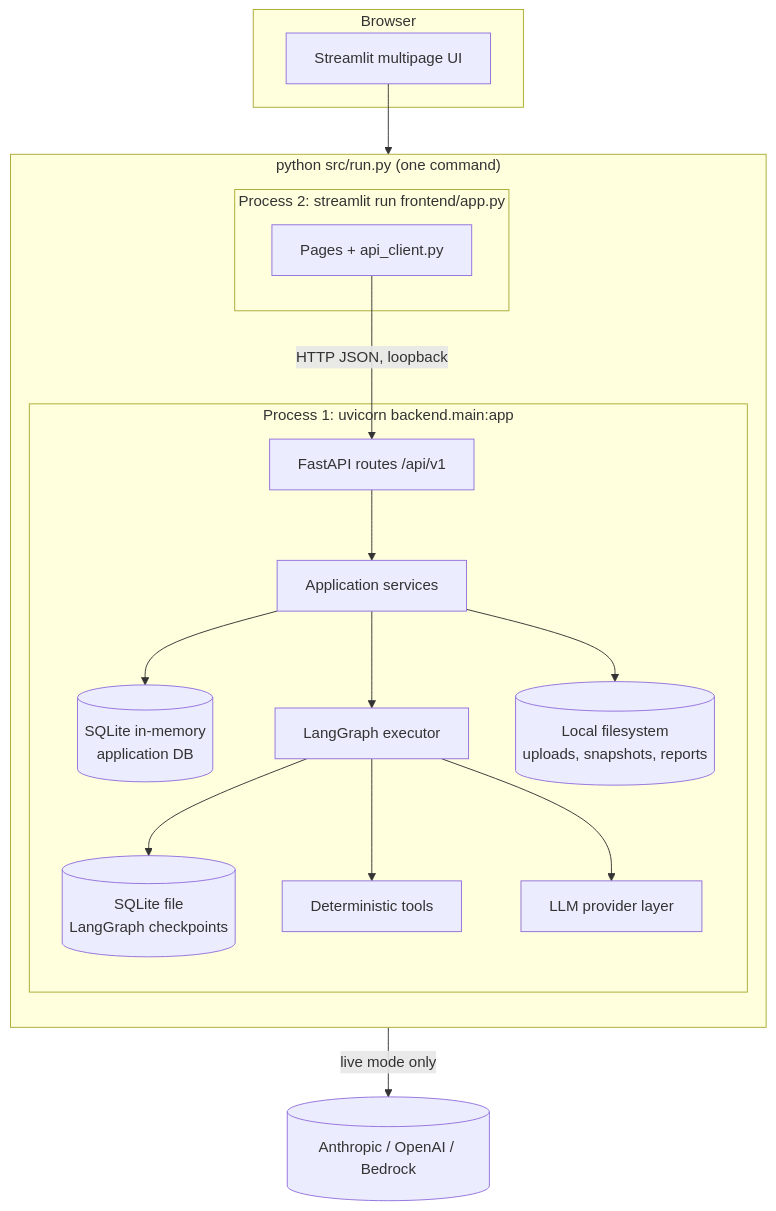
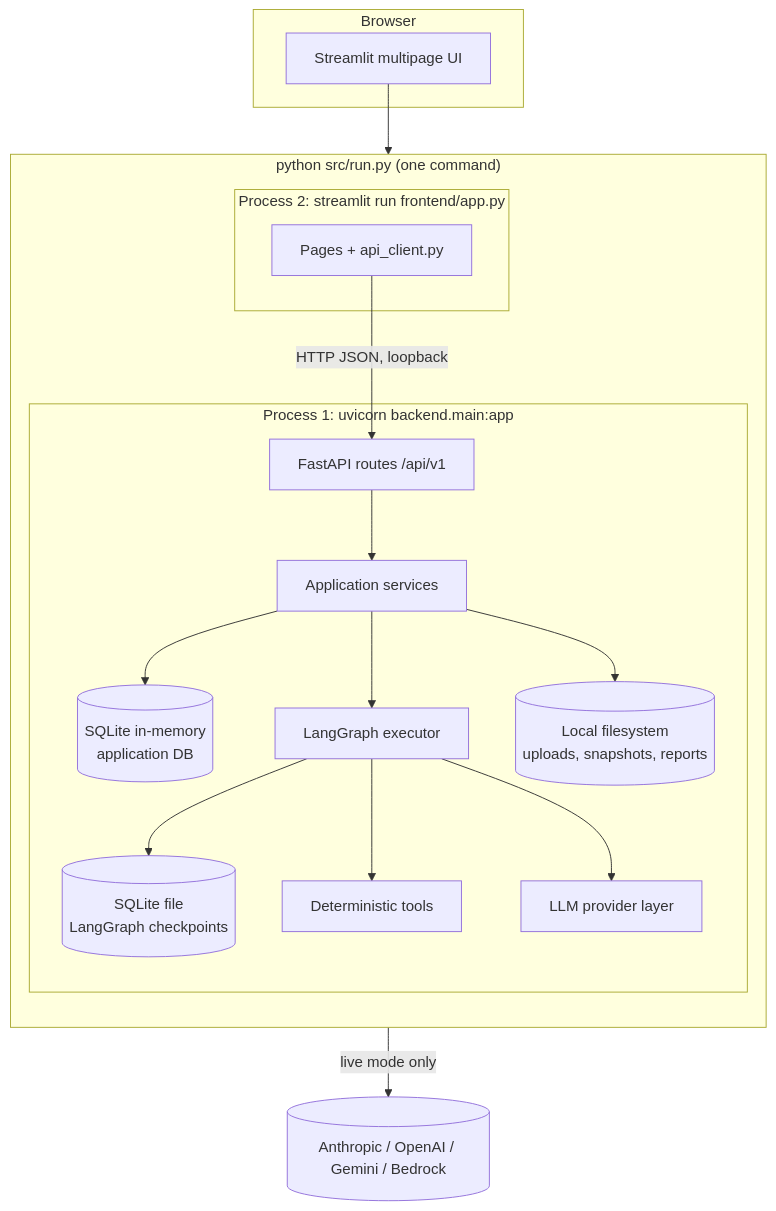
The first of 4 diagrams in docs/system-design.md (rahulv84/architecture-red-team), drawn with Mermaid before and after one commit. The commit also changed other lines of this file and 26 other files, not shown here.

First line of the commit message:
Add Google Gemini LLM provider

````diff
--- a/docs/system-design.md
+++ b/docs/system-design.md
@@ -18,29 +18,29 @@
 ```mermaid
 flowchart TB
     subgraph Browser
         UI[Streamlit multipage UI]
     end
     subgraph "python src/run.py (one command)"
         direction TB
         subgraph "Process 1: uvicorn backend.main:app"
             API[FastAPI routes /api/v1]
             SVC[Application services]
             GRAPH[LangGraph executor]
             TOOLS[Deterministic tools]
             LLM[LLM provider layer]
             DB[(SQLite in-memory<br/>application DB)]
             CK[(SQLite file<br/>LangGraph checkpoints)]
             FS[(Local filesystem<br/>uploads, snapshots, reports)]
         end
         subgraph "Process 2: streamlit run frontend/app.py"
             UI2[Pages + api_client.py]
         end
     end
     UI --> UI2 -->|HTTP JSON, loopback| API
     API --> SVC --> DB
     SVC --> GRAPH --> CK
     GRAPH --> TOOLS
     GRAPH --> LLM
     SVC --> FS
-    LLM -->|live mode only| EXT[(Anthropic / OpenAI / Bedrock)]
+    LLM -->|live mode only| EXT[(Anthropic / OpenAI / Gemini / Bedrock)]
 ```
````
